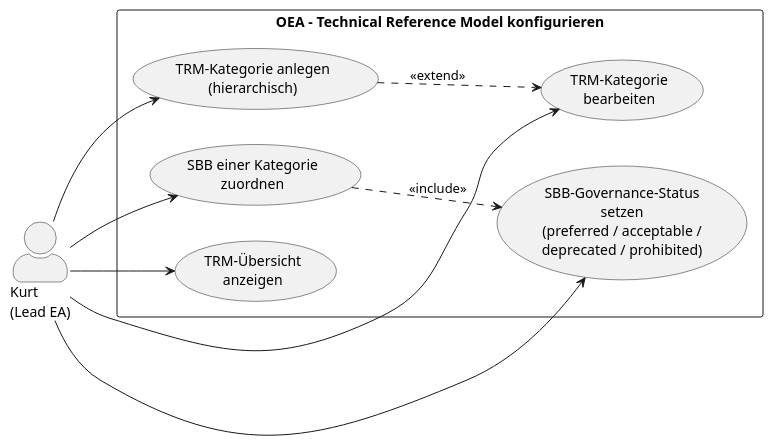
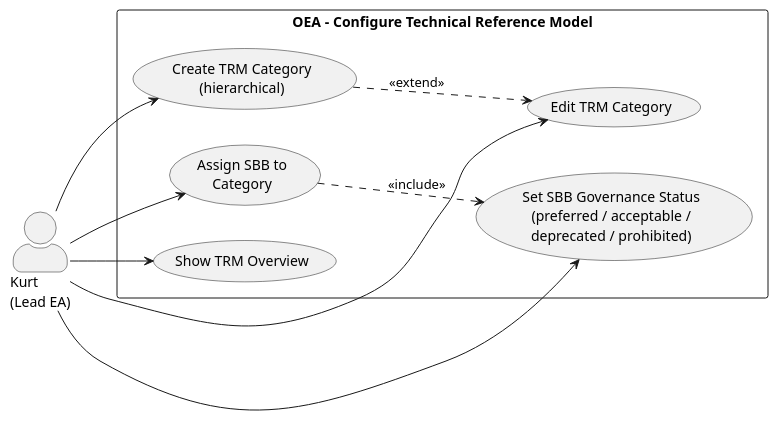
Before and after one commit to open-enterprise-architecture/OEA: the diagram in requirements/use-cases/UC-19-configure-trm.md, drawn with PlantUML. The commit also changed other lines of this file and 630 other files, not shown here.

````diff
--- a/requirements/use-cases/UC-19-configure-trm.md
+++ b/requirements/use-cases/UC-19-configure-trm.md
@@ -34,25 +34,25 @@
 ```plantuml
 @startuml UC-19-TRM
 left to right direction
 skinparam actorStyle awesome
 
 actor "Kurt\n(Lead EA)" as Kurt
 
-rectangle "OEA – Technical Reference Model konfigurieren" {
-  usecase "TRM-Kategorie anlegen\n(hierarchisch)" as UC_Cat
-  usecase "TRM-Kategorie\nbearbeiten" as UC_Edit
-  usecase "SBB einer Kategorie\nzuordnen" as UC_Assign
-  usecase "SBB-Governance-Status\nsetzen\n(preferred / acceptable /\ndeprecated / prohibited)" as UC_Status
-  usecase "TRM-Übersicht\nanzeigen" as UC_View
+rectangle "OEA – Configure Technical Reference Model" {
+  usecase "Create TRM Category\n(hierarchical)" as UC_Cat
+  usecase "Edit TRM Category" as UC_Edit
+  usecase "Assign SBB to\nCategory" as UC_Assign
+  usecase "Set SBB Governance Status\n(preferred / acceptable /\ndeprecated / prohibited)" as UC_Status
+  usecase "Show TRM Overview" as UC_View
 }
 
 Kurt --> UC_Cat
 Kurt --> UC_Edit
 Kurt --> UC_Assign
 Kurt --> UC_Status
 Kurt --> UC_View
 
 UC_Cat ..> UC_Edit : <<extend>>
 UC_Assign ..> UC_Status : <<include>>
 @enduml
 ```
````
